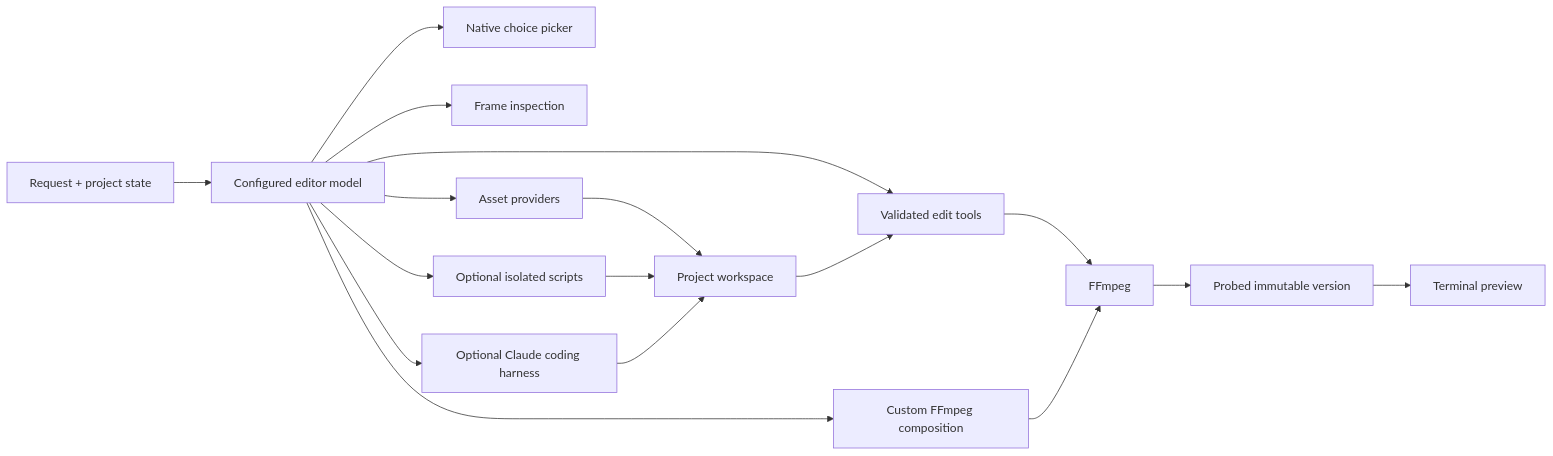
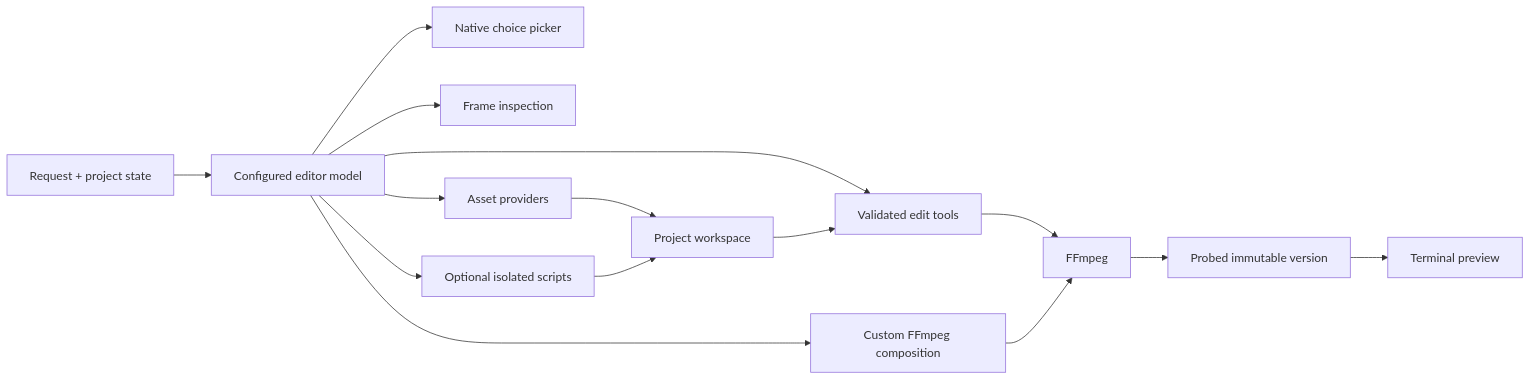
The diagram in README.md (shing1Sks/DumbEditor), drawn with Mermaid before and after one commit. The commit also changed other lines of this file and 15 other files, not shown here.

Commit message:
feat: run the editor on the agent engine and remove the Claude harness

````diff
--- a/README.md
+++ b/README.md
@@ -281,19 +279,17 @@
 ```mermaid
 flowchart LR
   Prompt[Request + project state] --> Agent[Configured editor model]
   Agent --> Choices[Native choice picker]
   Agent --> Frames[Frame inspection]
   Agent --> Assets[Asset providers]
   Agent --> Tools[Validated edit tools]
   Agent --> Compose[Custom FFmpeg composition]
-  Agent --> Claude[Optional Claude coding harness]
   Agent --> Sandbox[Optional isolated scripts]
   Assets --> Workspace[Project workspace]
   Workspace --> Tools
   Tools --> FFmpeg
   Compose --> FFmpeg
   Sandbox --> Workspace
-  Claude --> Workspace
   FFmpeg --> Version[Probed immutable version]
   Version --> Preview[Terminal preview]
 ```
````
